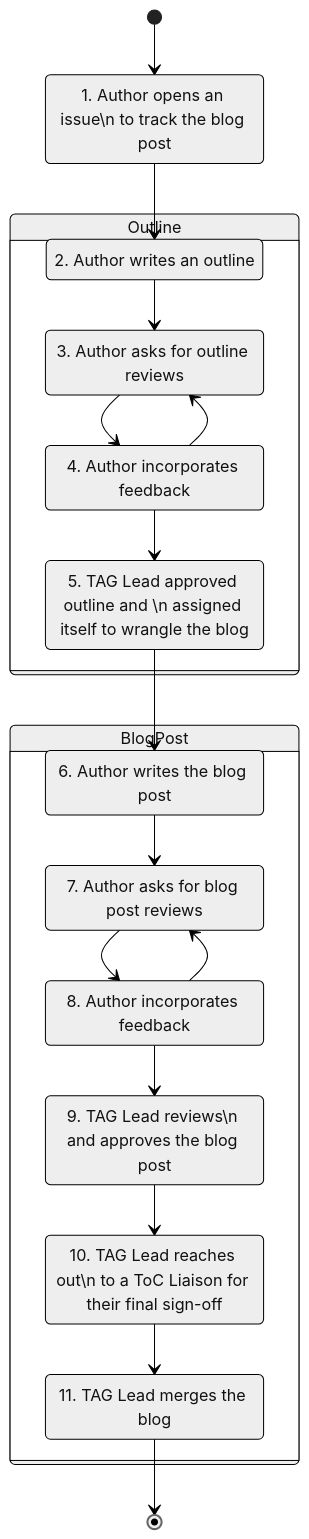
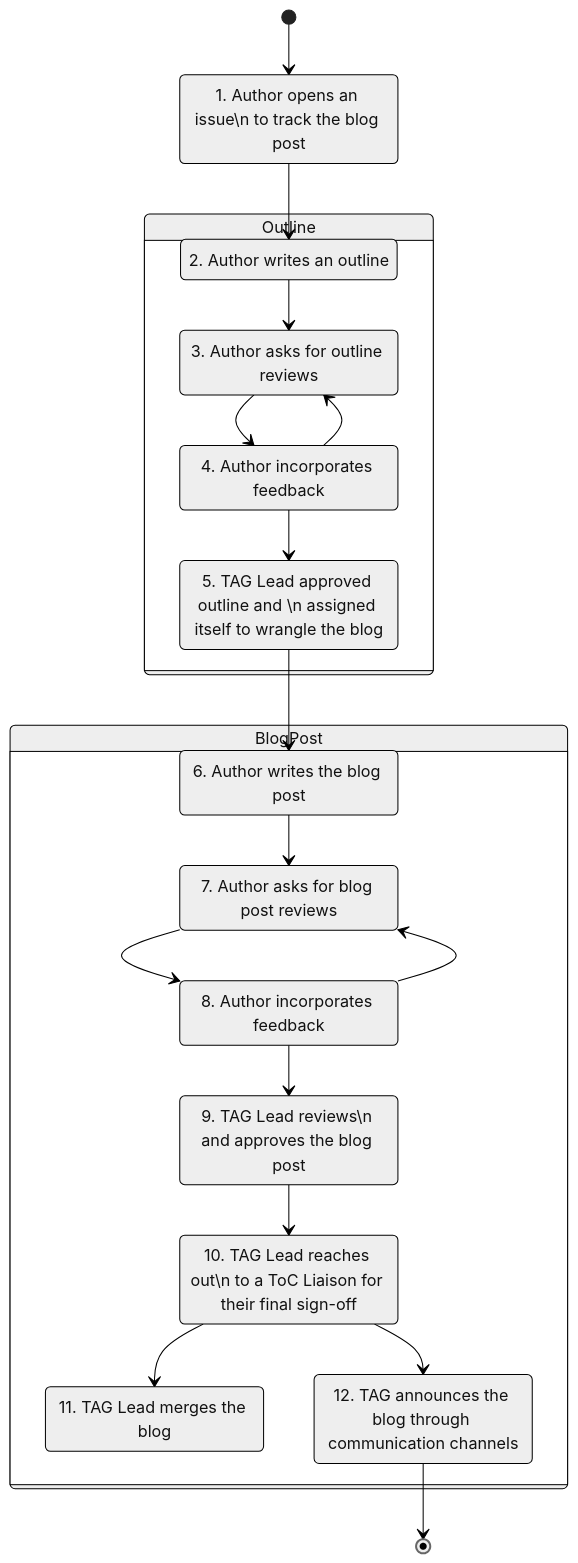
Before and after one commit to cncf/toc: the diagram in tags/resources/tag-formation-templates/template-blog-post-process.md, drawn with Mermaid. The commit also changed other lines of this file, not shown here.

Commit message:
add step blog announcement

````diff
--- a/tags/resources/tag-formation-templates/template-blog-post-process.md
+++ b/tags/resources/tag-formation-templates/template-blog-post-process.md
@@ -25,36 +25,38 @@
 ```mermaid
 %%{init: {'theme':'neutral'}}%%
 stateDiagram-v2
     %% ⚠️ OPTIONAL: Steps abstract,reviews1, feedback1, taglead; decide if the TAG likes to review an abstract first ⚠️ %%
     issue : 1. Author opens an issue\n to track the blog post
     abstract : 2. Author writes an outline 
     reviews1 : 3. Author asks for outline reviews
     feedback1 : 4. Author incorporates feedback
     taglead : 5. TAG Lead approved outline and \n assigned itself to wrangle the blog
     text : 6. Author writes the blog post
     reviews2 : 7. Author asks for blog post reviews
     feedback2 : 8. Author incorporates feedback
     tagleadreview : 9. TAG Lead reviews\n and approves the blog post
     signoff : 10. TAG Lead reaches out\n to a ToC Liaison for their final sign-off
     merge : 11. TAG Lead merges the blog
+    announcement : 12. TAG announces the blog through communication channels
     
     [*] --> issue
     issue --> abstract
     state Outline {
       abstract --> reviews1 
       reviews1 --> feedback1
       feedback1 --> reviews1
       feedback1 --> taglead
       taglead --> text
     }
     state BlogPost {
       text --> reviews2
       reviews2 --> feedback2
       feedback2 --> reviews2
       feedback2 --> tagleadreview
       tagleadreview --> signoff
       signoff --> merge
+      signoff --> announcement
     }
-    merge --> [*]
+    announcement --> [*]
 
 ```
````
